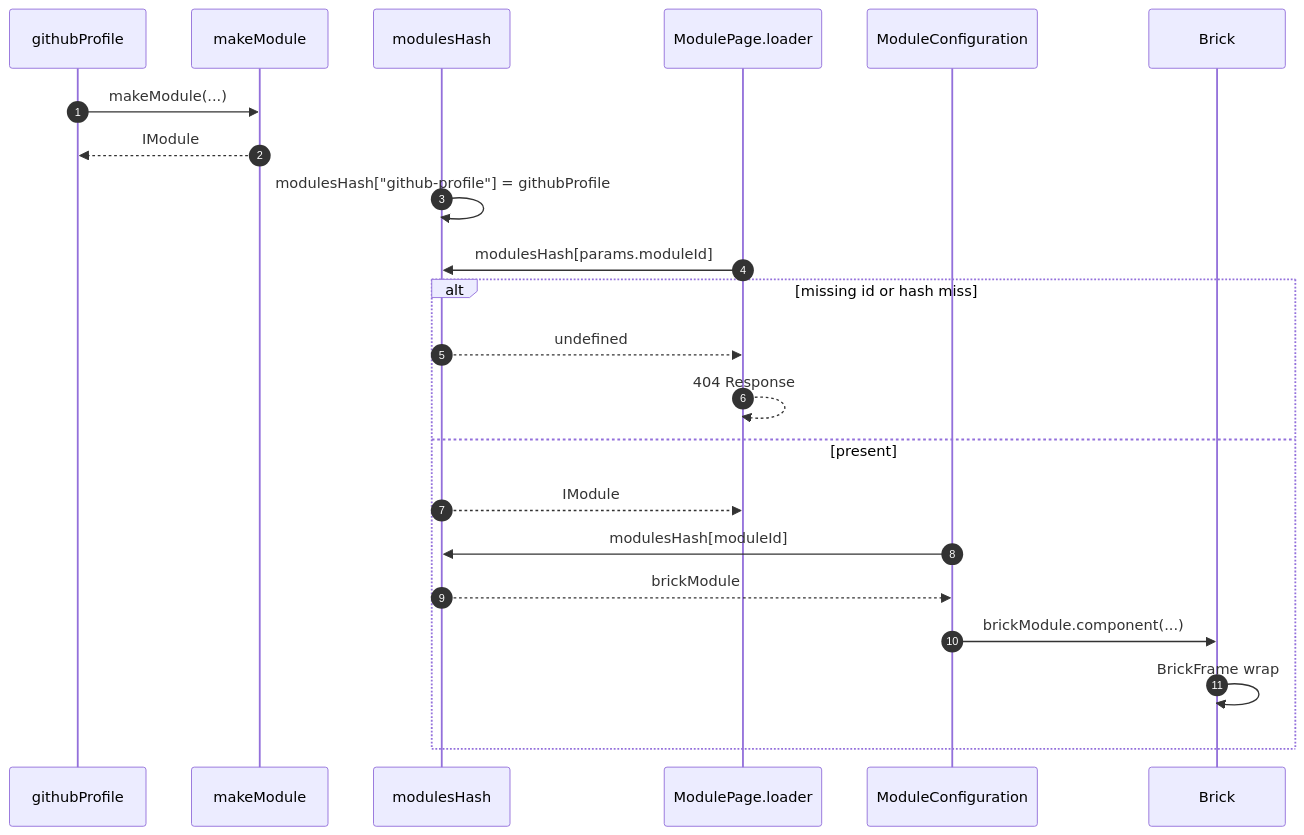
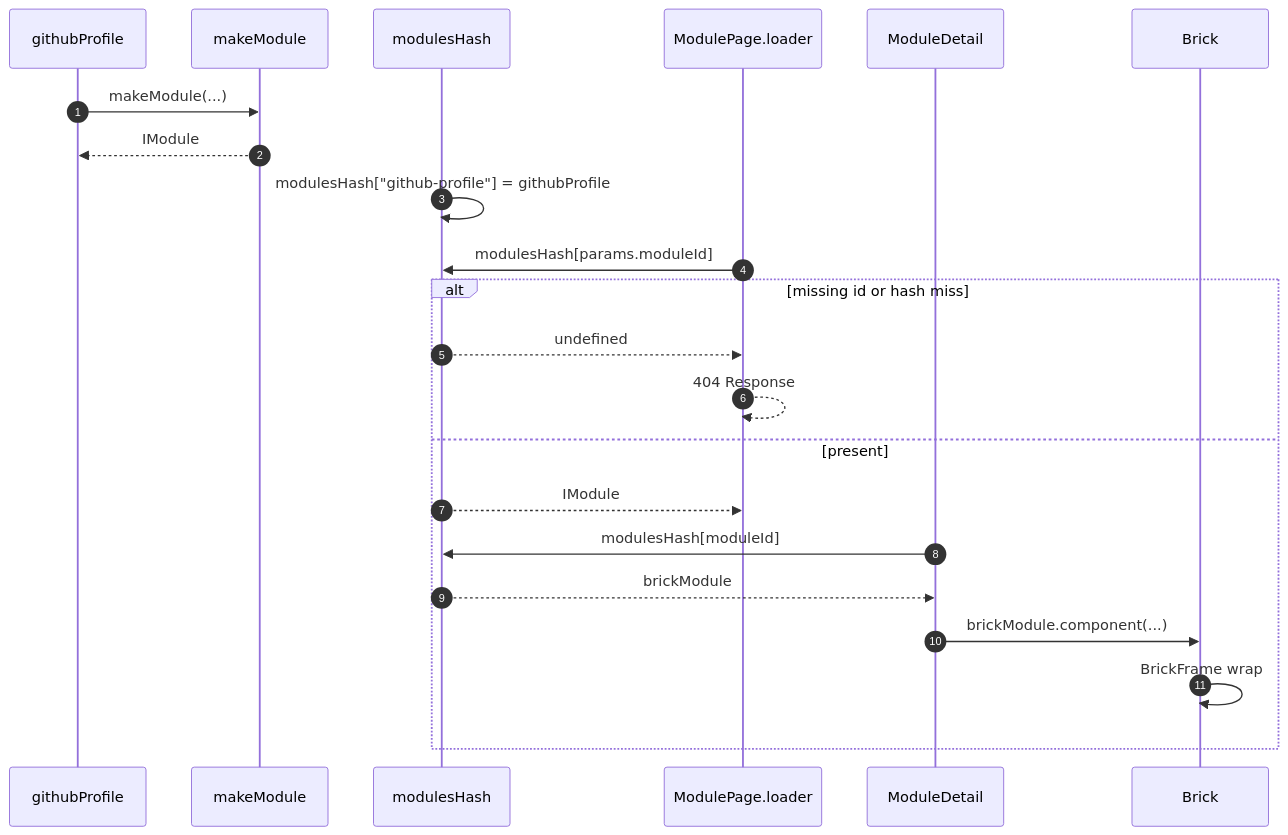
Before and after one commit to morgs32/qrk.sh: the diagram in wiki/architecture/BrickModule.md, drawn with Mermaid. The commit also changed other lines of this file and 40 other files, not shown here.

````diff
--- a/wiki/architecture/BrickModule.md
+++ b/wiki/architecture/BrickModule.md
@@ -51,35 +51,35 @@
 ```mermaid
 sequenceDiagram
   participant githubProfile
   participant makeModule
   participant modulesHash
   participant ModulePage_loader as ModulePage.loader
-  participant ModuleConfiguration
+  participant ModuleDetail
   participant Brick
 
   autonumber 1
   githubProfile->>makeModule: makeModule(...)
   autonumber 2
   makeModule-->>githubProfile: IModule
   autonumber 3
   modulesHash->>modulesHash: modulesHash["github-profile"] = githubProfile
   autonumber 4
   ModulePage_loader->>modulesHash: modulesHash[params.moduleId]
   alt missing id or hash miss
     autonumber 5
     modulesHash-->>ModulePage_loader: undefined
     autonumber 6
     ModulePage_loader-->>ModulePage_loader: 404 Response
   else present
     autonumber 7
     modulesHash-->>ModulePage_loader: IModule
     autonumber 8
-    ModuleConfiguration->>modulesHash: modulesHash[moduleId]
+    ModuleDetail->>modulesHash: modulesHash[moduleId]
     autonumber 9
-    modulesHash-->>ModuleConfiguration: brickModule
+    modulesHash-->>ModuleDetail: brickModule
     autonumber 10
-    ModuleConfiguration->>Brick: brickModule.component(...)
+    ModuleDetail->>Brick: brickModule.component(...)
     autonumber 11
     Brick->>Brick: BrickFrame wrap
   end
 ```
````
